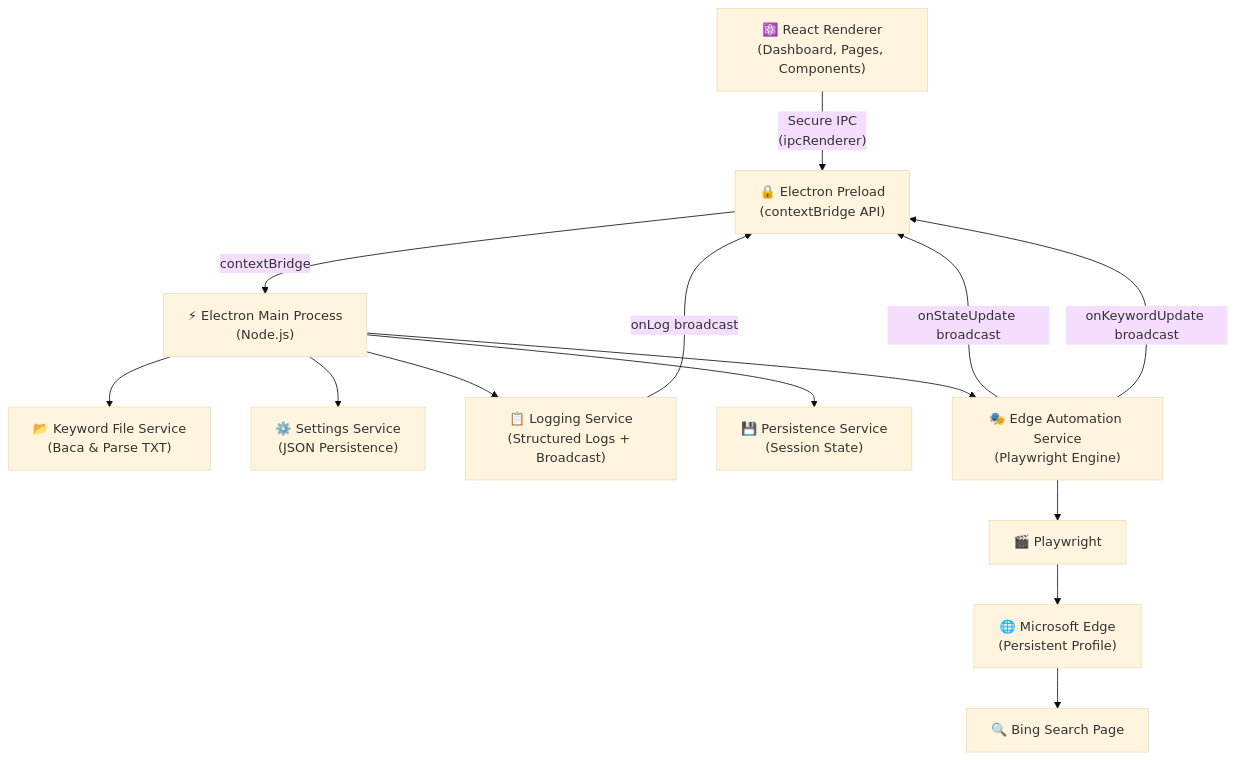
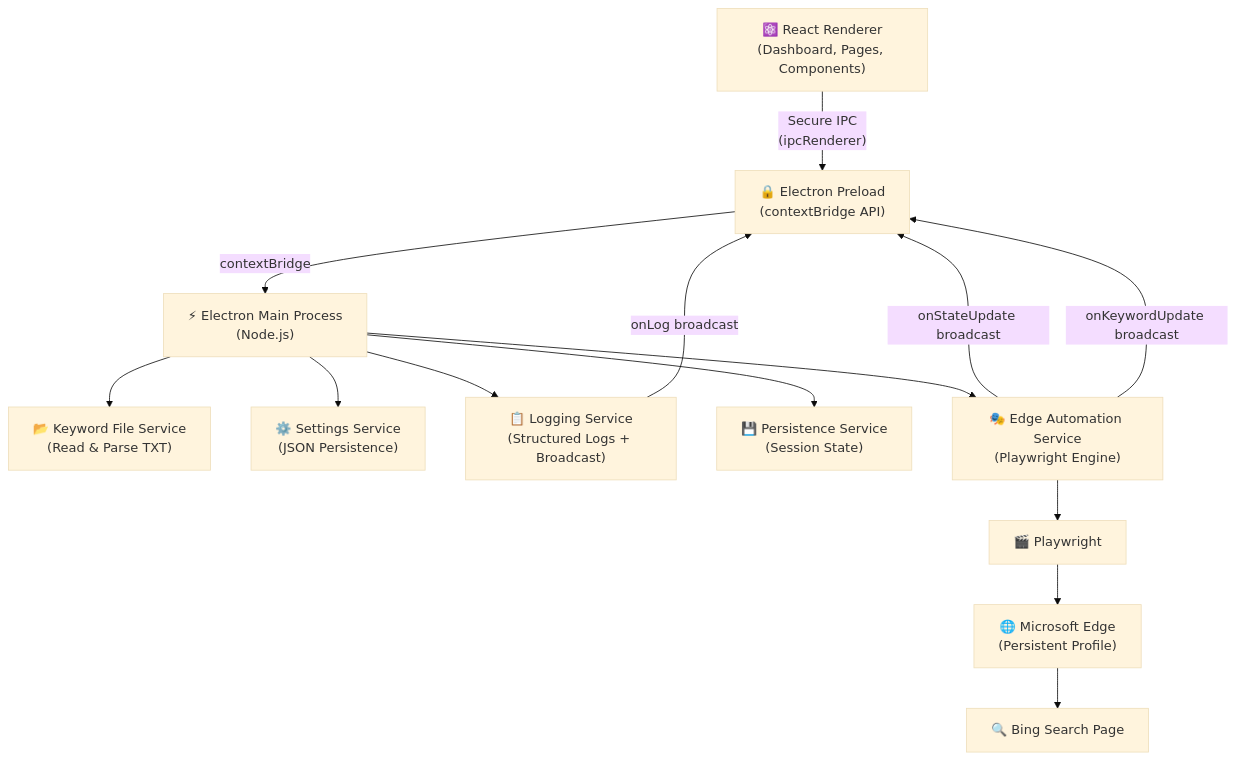
The second of 3 diagrams in README.md (insa21/Edge-Search-Automation-Bot), drawn with Mermaid (base theme) before and after one commit. The commit also changed other lines of this file and 1 other file, not shown here.

````diff
--- a/README.md
+++ b/README.md
@@ -207,29 +212,29 @@
 ```mermaid
 graph TD
     UI["⚛️ React Renderer\n(Dashboard, Pages, Components)"]
     PRELOAD["🔒 Electron Preload\n(contextBridge API)"]
     MAIN["⚡ Electron Main Process\n(Node.js)"]
-    FILE["📂 Keyword File Service\n(Baca & Parse TXT)"]
+    FILE["📂 Keyword File Service\n(Read & Parse TXT)"]
     SETTINGS["⚙️ Settings Service\n(JSON Persistence)"]
     LOGGER["📋 Logging Service\n(Structured Logs + Broadcast)"]
     PERSIST["💾 Persistence Service\n(Session State)"]
     AUTOMATION["🎭 Edge Automation Service\n(Playwright Engine)"]
     PLAYWRIGHT["🎬 Playwright"]
     EDGE["🌐 Microsoft Edge\n(Persistent Profile)"]
     BING["🔍 Bing Search Page"]
 
     UI -->|"Secure IPC\n(ipcRenderer)"| PRELOAD
     PRELOAD -->|"contextBridge"| MAIN
     MAIN --> FILE
     MAIN --> SETTINGS
     MAIN --> LOGGER
     MAIN --> PERSIST
     MAIN --> AUTOMATION
     AUTOMATION --> PLAYWRIGHT
     PLAYWRIGHT --> EDGE
     EDGE --> BING
 
     LOGGER -->|"onLog broadcast"| PRELOAD
     AUTOMATION -->|"onStateUpdate broadcast"| PRELOAD
     AUTOMATION -->|"onKeywordUpdate broadcast"| PRELOAD
 ```
````
